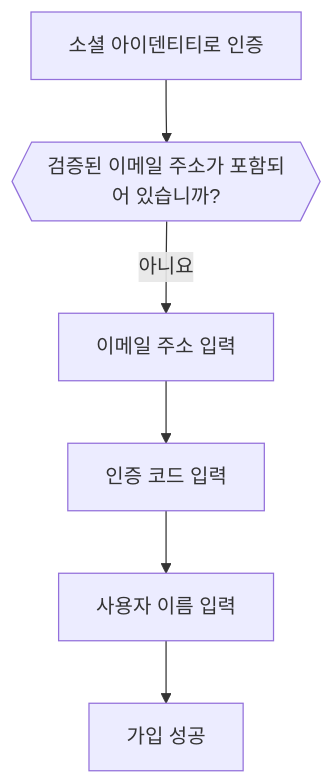
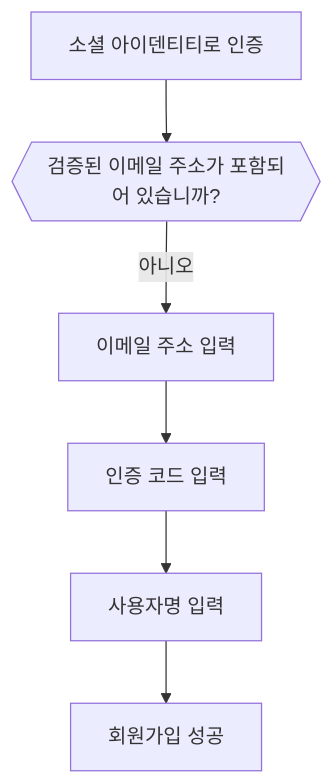
The fourth of 6 diagrams in i18n/ko/docusaurus-plugin-content-docs/current/end-user-flows/sign-up-and-sign-in/social-sign-in.mdx (logto-io/docs), drawn with Mermaid before and after one commit. The commit also changed other lines of this file and 59 other files, not shown here.

````diff
--- a/i18n/ko/docusaurus-plugin-content-docs/current/end-user-flows/sign-up-and-sign-in/social-sign-in.mdx
+++ b/i18n/ko/docusaurus-plugin-content-docs/current/end-user-flows/sign-up-and-sign-in/social-sign-in.mdx
@@ -153,8 +127,8 @@
    ```mermaid
    flowchart TD
       A[소셜 아이덴티티로 인증] --> B{{검증된 이메일 주소가 포함되어 있습니까?}}
-      B -- 아니요 --> C[이메일 주소 입력]
+      B -- 아니오 --> C[이메일 주소 입력]
       C --> D[인증 코드 입력]
-      D --> E[사용자 이름 입력]
-      E --> F[가입 성공]
+      D --> E[사용자명 입력]
+      E --> F[회원가입 성공]
    ```
````
